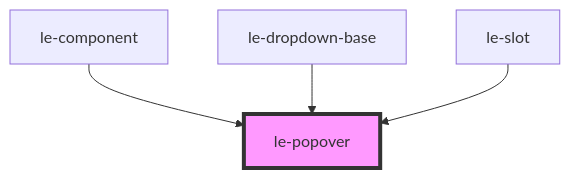
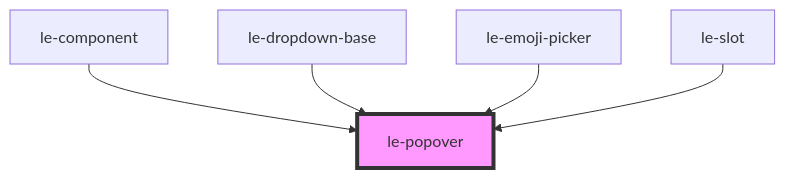
The diagram in src/components/le-popover/readme.md (leechy/le-kit), drawn with Mermaid before and after one commit. The commit also changed other lines of this file and 8 other files, not shown here.

Commit message:
Initial <le-emoji-picker> development

````diff
--- a/src/components/le-popover/readme.md
+++ b/src/components/le-popover/readme.md
@@ -110,7 +111,8 @@
 ```mermaid
 graph TD;
   le-component --> le-popover
   le-dropdown-base --> le-popover
+  le-emoji-picker --> le-popover
   le-slot --> le-popover
   style le-popover fill:#f9f,stroke:#333,stroke-width:4px
 ```
````
